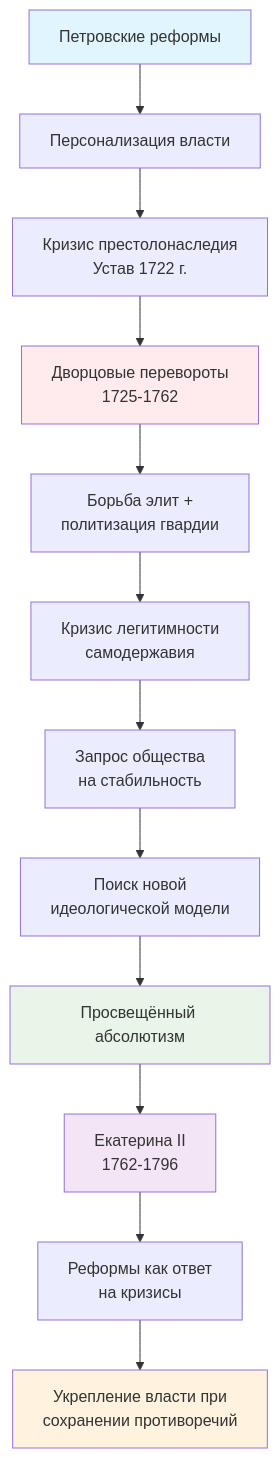
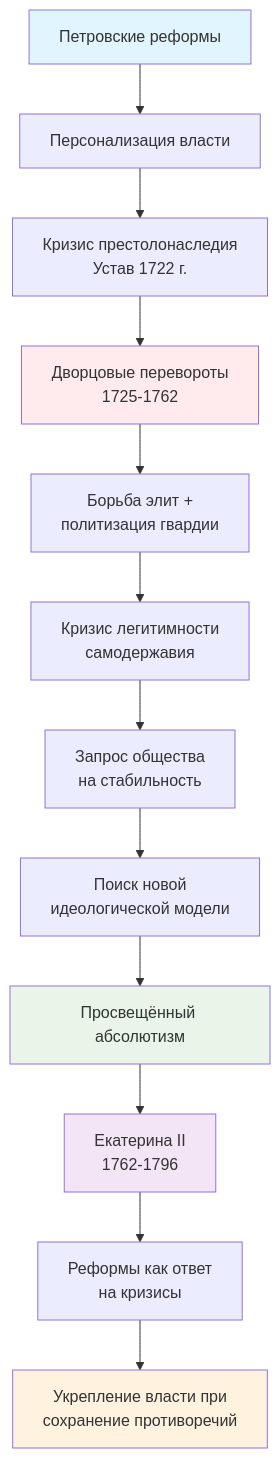
The diagram in src/docs/index.md (l1234-tech/pr-absolutism), drawn with Mermaid before and after one commit. The commit also changed other lines of this file, not shown here.

````diff
--- a/src/docs/index.md
+++ b/src/docs/index.md
@@ -78,20 +115,20 @@
 ```mermaid
 flowchart TD
     A[Петровские реформы] --> B[Персонализация власти]
     B --> C[Кризис престолонаследия<br/>Устав 1722 г.]
     C --> D[Дворцовые перевороты<br/>1725-1762]
     D --> E[Борьба элит +<br/>политизация гвардии]
     E --> F[Кризис легитимности<br/>самодержавия]
     F --> G[Запрос общества<br/>на стабильность]
     G --> H[Поиск новой<br/>идеологической модели]
     H --> I[Просвещённый абсолютизм]
     I --> J[Екатерина II<br/>1762-1796]
     J --> K[Реформы как ответ<br/>на кризисы]
-    K --> L[Укрепление власти при<br/>сохранении противоречий]
+    K --> L[Укрепление власти при<br/>сохранение противоречий]
     
     style A fill:#e1f5fe
     style D fill:#ffebee
     style I fill:#e8f5e8
     style J fill:#f3e5f5
     style L fill:#fff3e0
 ```
````
